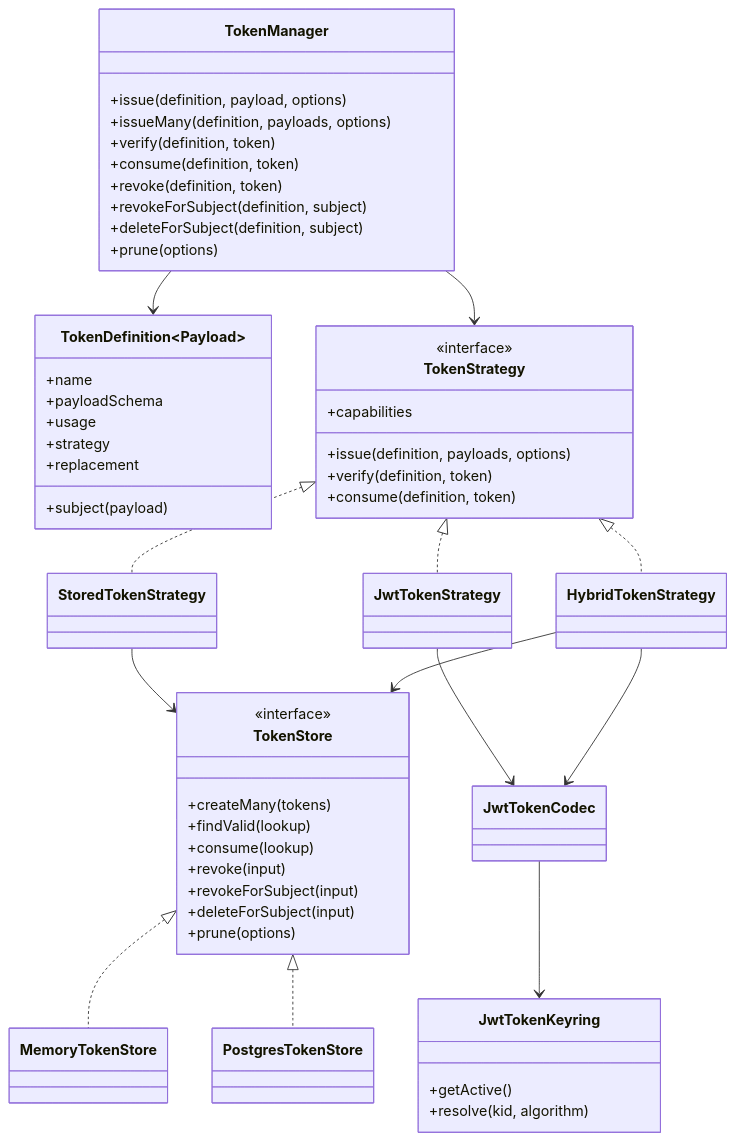
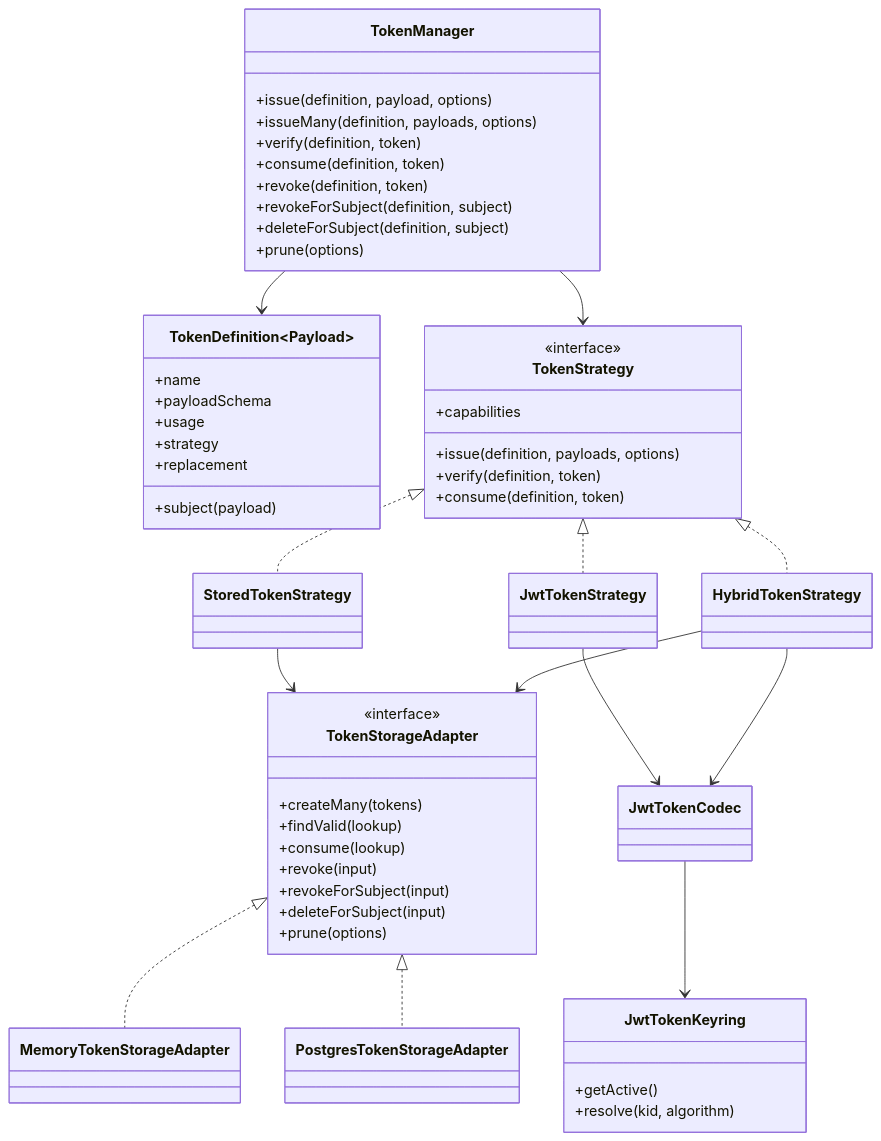
Before and after one commit to antarestupin/kestrel-framework: the first of 5 diagrams in docs/implementation/tokens.md, drawn with Mermaid. The commit also changed other lines of this file and 212 other files, not shown here.

````diff
--- a/docs/implementation/tokens.md
+++ b/docs/implementation/tokens.md
@@ -13,61 +13,61 @@
 ```mermaid
 classDiagram
     class TokenDefinition~Payload~ {
         +name
         +payloadSchema
         +usage
         +strategy
         +replacement
         +subject(payload)
     }
     class TokenManager {
         +issue(definition, payload, options)
         +issueMany(definition, payloads, options)
         +verify(definition, token)
         +consume(definition, token)
         +revoke(definition, token)
         +revokeForSubject(definition, subject)
         +deleteForSubject(definition, subject)
         +prune(options)
     }
     class TokenStrategy {
         <<interface>>
         +capabilities
         +issue(definition, payloads, options)
         +verify(definition, token)
         +consume(definition, token)
     }
     class StoredTokenStrategy
     class JwtTokenStrategy
     class HybridTokenStrategy
     class JwtTokenCodec
     class JwtTokenKeyring {
         +getActive()
         +resolve(kid, algorithm)
     }
-    class TokenStore {
+    class TokenStorageAdapter {
         <<interface>>
         +createMany(tokens)
         +findValid(lookup)
         +consume(lookup)
         +revoke(input)
         +revokeForSubject(input)
         +deleteForSubject(input)
         +prune(options)
     }
-    class MemoryTokenStore
-    class PostgresTokenStore
+    class MemoryTokenStorageAdapter
+    class PostgresTokenStorageAdapter
 
     TokenManager --> TokenDefinition
     TokenManager --> TokenStrategy
     TokenStrategy <|.. StoredTokenStrategy
     TokenStrategy <|.. JwtTokenStrategy
     TokenStrategy <|.. HybridTokenStrategy
-    StoredTokenStrategy --> TokenStore
+    StoredTokenStrategy --> TokenStorageAdapter
     JwtTokenStrategy --> JwtTokenCodec
     HybridTokenStrategy --> JwtTokenCodec
-    HybridTokenStrategy --> TokenStore
+    HybridTokenStrategy --> TokenStorageAdapter
     JwtTokenCodec --> JwtTokenKeyring
-    TokenStore <|.. MemoryTokenStore
-    TokenStore <|.. PostgresTokenStore
+    TokenStorageAdapter <|.. MemoryTokenStorageAdapter
+    TokenStorageAdapter <|.. PostgresTokenStorageAdapter
 ```
````
